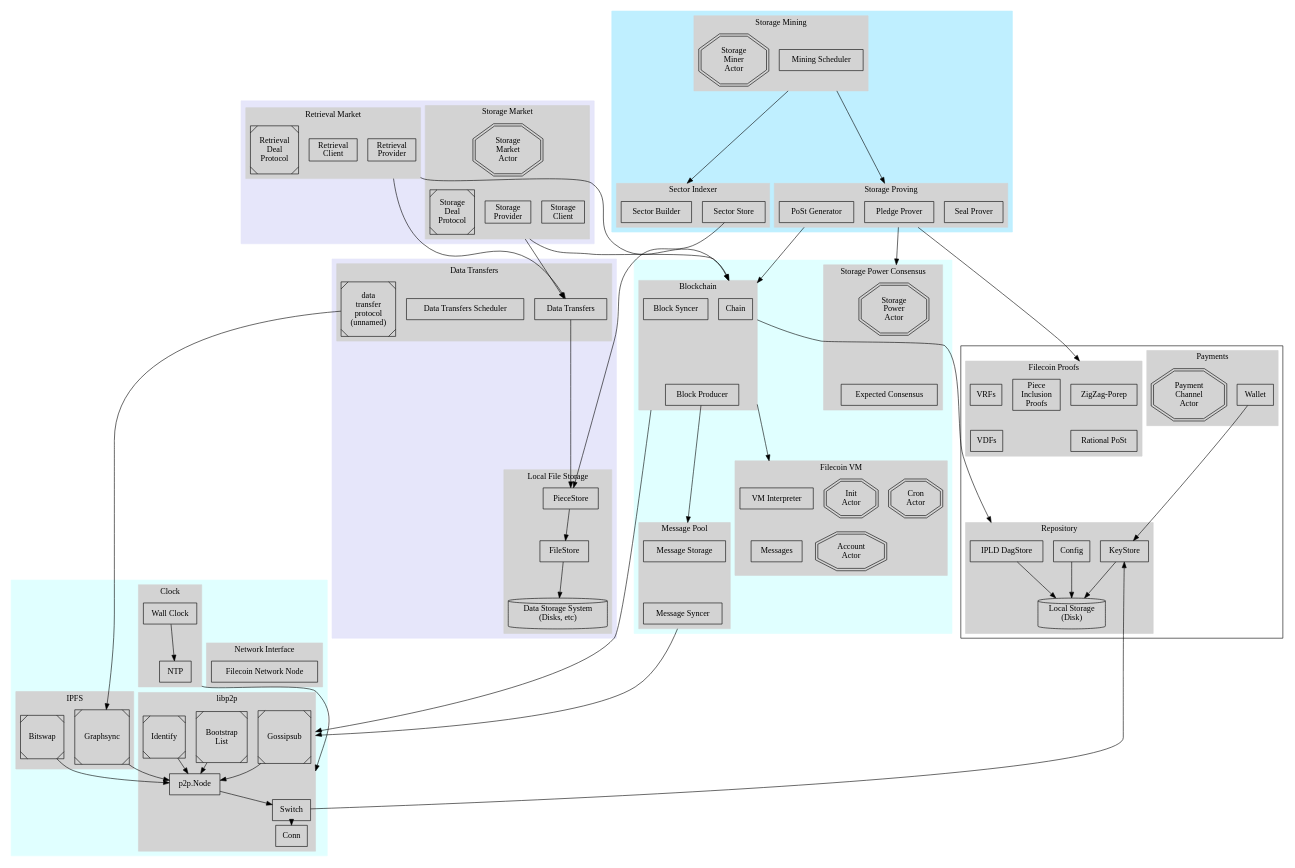
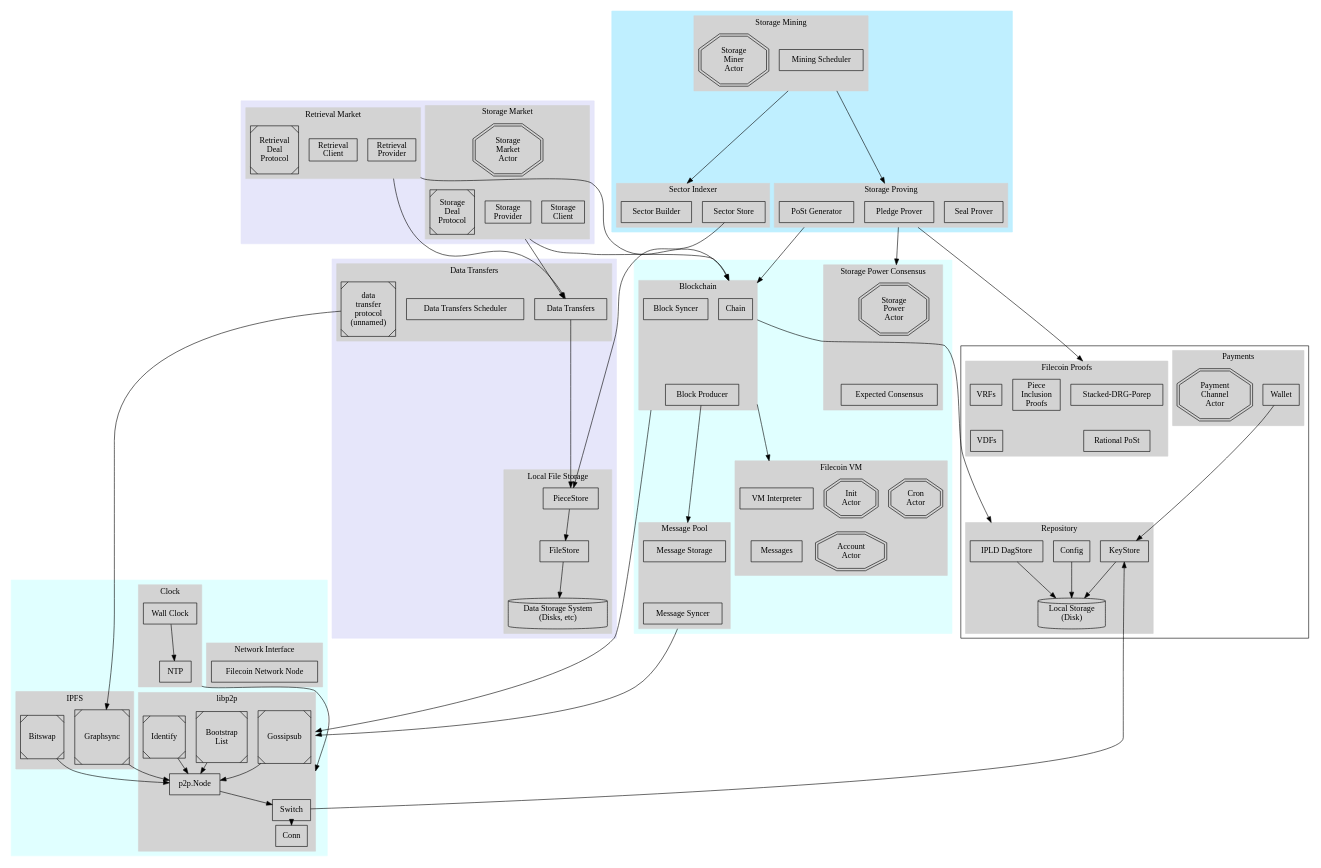
One commit to filecoin-project/specs changed the diagram in src/diagrams/overview1/overview.dot. Above: the diagram before and after it, drawn with Graphviz. The commit also changed 3 other files, not shown here.

Commit message:
Update overview diagram for SDR.

```diff
--- a/src/diagrams/overview1/overview.dot
+++ b/src/diagrams/overview1/overview.dot
@@ -269,14 +269,14 @@
 
       { // components
         node [shape=box]
-        "ZigZag-Porep"
+        "Stacked-DRG-Porep"
         "Rational PoSt"
         "Piece Inclusion Proofs" [label="Piece\nInclusion\nProofs"]
         "VRFs"
         "VDFs"
       }
 
-      "ZigZag-Porep" -> "Rational PoSt" [style=invis]
+      "Stacked-DRG-Porep" -> "Rational PoSt" [style=invis]
       VRFs -> VDFs [style=invis]
     }
 
@@ -413,7 +413,7 @@
     "Switch" -> "KeyStore"
     "NTP" -> "Switch" [ltail=cluster_clock, lhead=cluster_libp2p]
     "Block Producer" -> "Message Storage" [lhead=cluster_messagepool]
-    "Pledge Prover" -> "ZigZag-Porep" [ltail=cluster_filproofs_subsystem, lhead=cluster_filproofs_lib]
+    "Pledge Prover" -> "Stacked-DRG-Porep" [ltail=cluster_filproofs_subsystem, lhead=cluster_filproofs_lib]
     "Wallet" -> "KeyStore"
     "Data Transfers" -> "PieceStore"
     "Sector Store" -> "PieceStore"
```
